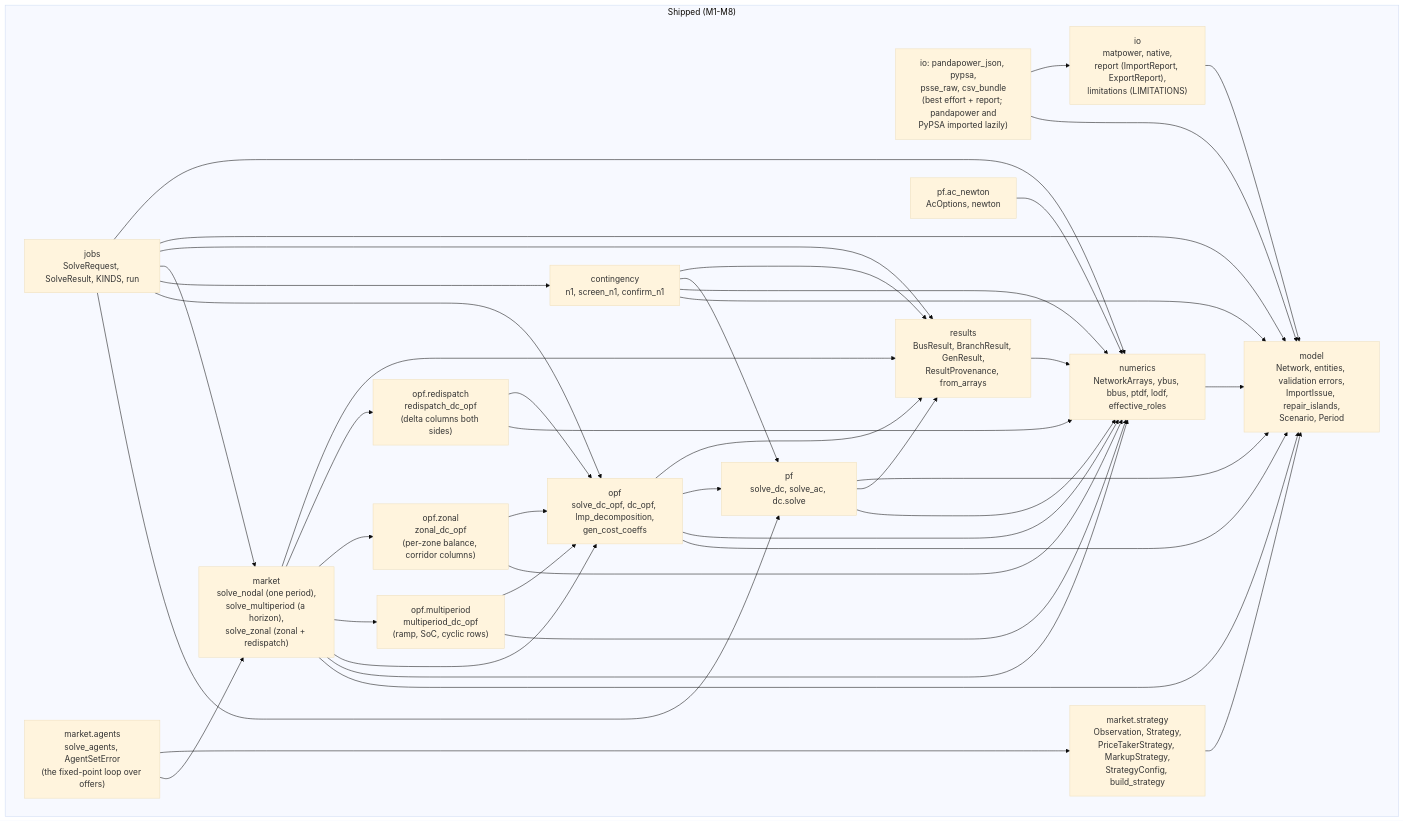
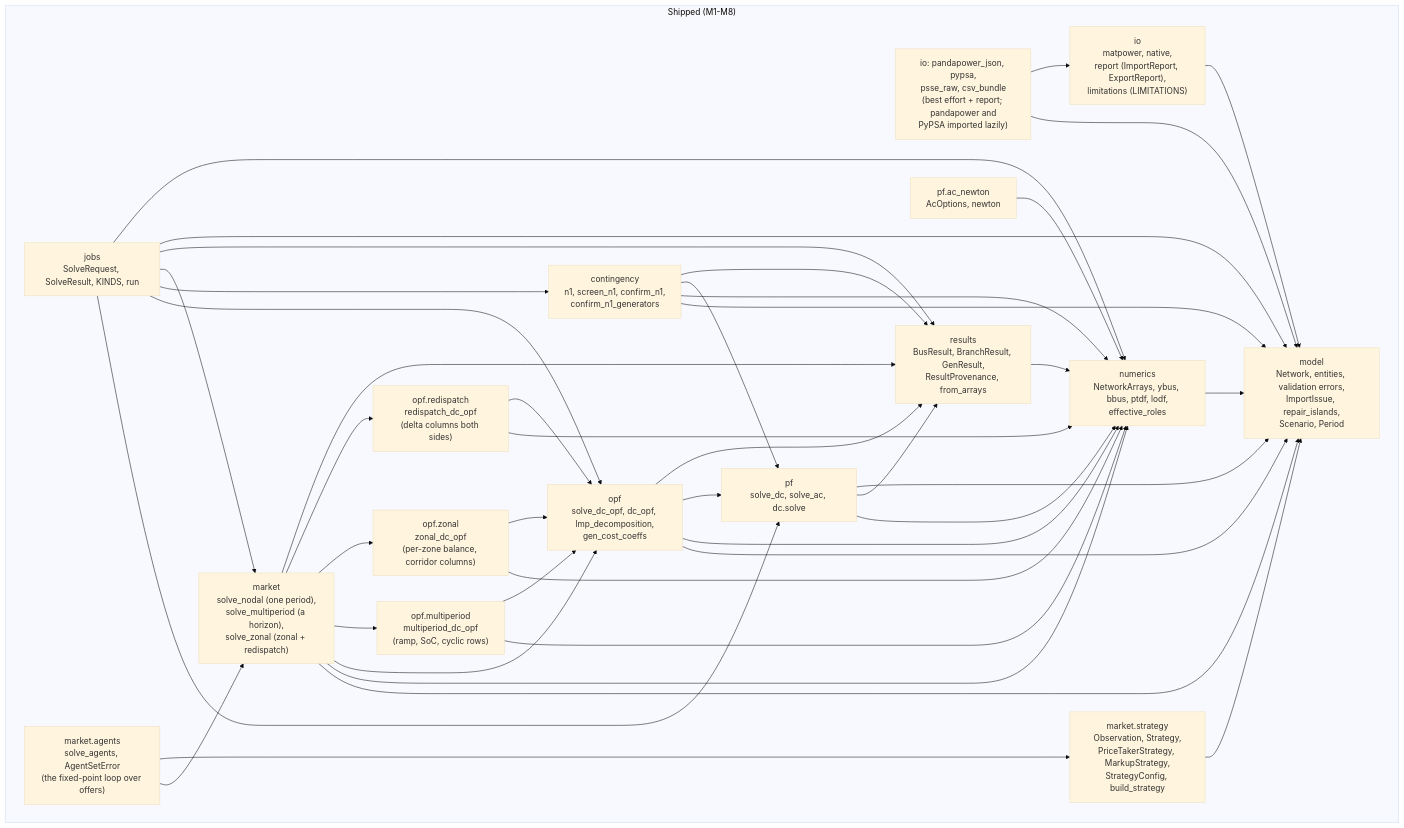
One commit to mambo10005/mambo-power changed the first of 2 diagrams in docs/design/architecture.md. Above: the diagram before and after it, drawn with Mermaid (base theme). The commit also changed other lines of this file and 9 other files, not shown here.

First line of the commit message:
feat(contingency): generator-outage contingencies join the N-1 screen (ADR-015)

````diff
--- a/docs/design/architecture.md
+++ b/docs/design/architecture.md
@@ -13,62 +13,62 @@
 ```mermaid
 flowchart TB
     subgraph present["Shipped (M1-M8)"]
         model["model<br/>Network, entities, validation errors,<br/>ImportIssue, repair_islands,<br/>Scenario, Period"]
         io["io<br/>matpower, native,<br/>report (ImportReport, ExportReport),<br/>limitations (LIMITATIONS)"]
         formats["io: pandapower_json, pypsa,<br/>psse_raw, csv_bundle<br/>(best effort + report; pandapower and<br/>PyPSA imported lazily)"]
         numerics["numerics<br/>NetworkArrays, ybus, bbus, ptdf, lodf,<br/>effective_roles"]
         pf["pf<br/>solve_dc, solve_ac, dc.solve"]
         ac["pf.ac_newton<br/>AcOptions, newton"]
         opf["opf<br/>solve_dc_opf, dc_opf, lmp_decomposition,<br/>gen_cost_coeffs"]
         opfmp["opf.multiperiod<br/>multiperiod_dc_opf<br/>(ramp, SoC, cyclic rows)"]
         opfz["opf.zonal<br/>zonal_dc_opf<br/>(per-zone balance, corridor columns)"]
         opfrd["opf.redispatch<br/>redispatch_dc_opf<br/>(delta columns both sides)"]
-        contingency["contingency<br/>n1, screen_n1, confirm_n1"]
+        contingency["contingency<br/>n1, screen_n1, confirm_n1,<br/>confirm_n1_generators"]
         market["market<br/>solve_nodal (one period),<br/>solve_multiperiod (a horizon),<br/>solve_zonal (zonal + redispatch)"]
         marketstrategy["market.strategy<br/>Observation, Strategy,<br/>PriceTakerStrategy, MarkupStrategy,<br/>StrategyConfig, build_strategy"]
         marketagents["market.agents<br/>solve_agents, AgentSetError<br/>(the fixed-point loop over offers)"]
         results["results<br/>BusResult, BranchResult, GenResult,<br/>ResultProvenance, from_arrays"]
         jobs["jobs<br/>SolveRequest, SolveResult, KINDS, run"]
     end
 
     io --> model
     formats --> model
     formats --> io
     numerics --> model
     pf --> numerics
     pf --> results
     pf --> model
     results --> numerics
     ac --> numerics
     opf --> model
     opf --> numerics
     opf --> pf
     opf --> results
     contingency --> model
     contingency --> numerics
     contingency --> pf
     contingency --> results
     market --> model
     market --> numerics
     market --> opf
     market --> opfmp
     market --> opfz
     market --> opfrd
     market --> results
     marketstrategy --> model
     opfmp --> numerics
     opfmp --> opf
     opfz --> numerics
     opfz --> opf
     opfrd --> numerics
     opfrd --> opf
     jobs --> pf
     jobs --> opf
     jobs --> contingency
     jobs --> market
     jobs --> results
     jobs --> model
     jobs --> numerics
     marketagents --> market
     marketagents --> marketstrategy
 ```
````
